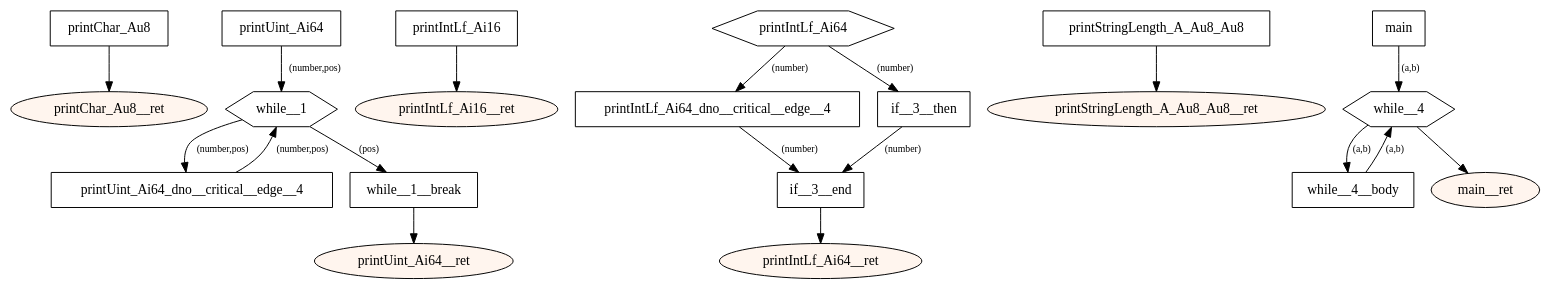
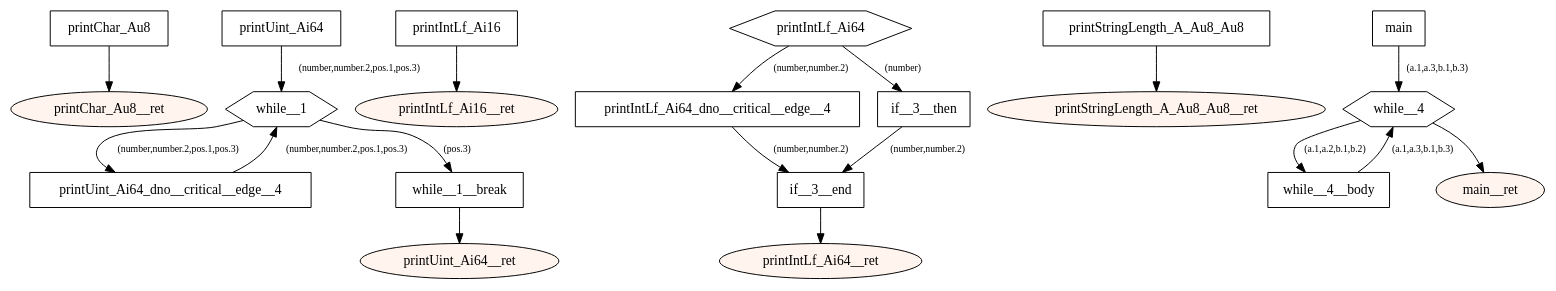
The diagram in src/main/resources-test/compiler/windows/fibonacci.dot (tmssngr/tinyC), drawn with Graphviz before and after one commit. The commit also changed 90 other files, not shown here.

```diff
--- a/src/main/resources-test/compiler/windows/fibonacci.dot
+++ b/src/main/resources-test/compiler/windows/fibonacci.dot
@@ -1,52 +1,52 @@
 digraph program {
 	edge[fontsize="10pt"];
 	subgraph fn_printChar_Au8 {
 		BasicBlock_0_printChar_Au8 [label="printChar_Au8",shape=box];
 		BasicBlock_0_printChar_Au8 -> BasicBlock_0_printChar_Au8__ret;
 		BasicBlock_0_printChar_Au8__ret [label="printChar_Au8__ret",shape=oval,style=filled,fillcolor="#fff5ee"];
 	}
 	subgraph fn_printUint_Ai64 {
 		BasicBlock_1_printUint_Ai64 [label="printUint_Ai64",shape=box];
-		BasicBlock_1_printUint_Ai64 -> BasicBlock_1_while__1 [label="(number,pos)"];
+		BasicBlock_1_printUint_Ai64 -> BasicBlock_1_while__1 [label="(number,number.2,pos.1,pos.3)"];
 		BasicBlock_1_printUint_Ai64_dno__critical__edge__4 [label="printUint_Ai64_dno__critical__edge__4",shape=box];
-		BasicBlock_1_printUint_Ai64_dno__critical__edge__4 -> BasicBlock_1_while__1 [label="(number,pos)"];
+		BasicBlock_1_printUint_Ai64_dno__critical__edge__4 -> BasicBlock_1_while__1 [label="(number,number.2,pos.1,pos.3)"];
 		BasicBlock_1_while__1 [label="while__1",shape=hexagon];
-		BasicBlock_1_while__1 -> BasicBlock_1_printUint_Ai64_dno__critical__edge__4 [label="(number,pos)"];
-		BasicBlock_1_while__1 -> BasicBlock_1_while__1__break [label="(pos)"];
+		BasicBlock_1_while__1 -> BasicBlock_1_printUint_Ai64_dno__critical__edge__4 [label="(number,number.2,pos.1,pos.3)"];
+		BasicBlock_1_while__1 -> BasicBlock_1_while__1__break [label="(pos.3)"];
 		BasicBlock_1_while__1__break [label="while__1__break",shape=box];
 		BasicBlock_1_while__1__break -> BasicBlock_1_printUint_Ai64__ret;
 		BasicBlock_1_printUint_Ai64__ret [label="printUint_Ai64__ret",shape=oval,style=filled,fillcolor="#fff5ee"];
 	}
 	subgraph fn_printIntLf_Ai16 {
 		BasicBlock_2_printIntLf_Ai16 [label="printIntLf_Ai16",shape=box];
 		BasicBlock_2_printIntLf_Ai16 -> BasicBlock_2_printIntLf_Ai16__ret;
 		BasicBlock_2_printIntLf_Ai16__ret [label="printIntLf_Ai16__ret",shape=oval,style=filled,fillcolor="#fff5ee"];
 	}
 	subgraph fn_printIntLf_Ai64 {
 		BasicBlock_3_printIntLf_Ai64 [label="printIntLf_Ai64",shape=hexagon];
-		BasicBlock_3_printIntLf_Ai64 -> BasicBlock_3_printIntLf_Ai64_dno__critical__edge__4 [label="(number)"];
+		BasicBlock_3_printIntLf_Ai64 -> BasicBlock_3_printIntLf_Ai64_dno__critical__edge__4 [label="(number,number.2)"];
 		BasicBlock_3_printIntLf_Ai64 -> BasicBlock_3_if__3__then [label="(number)"];
 		BasicBlock_3_printIntLf_Ai64_dno__critical__edge__4 [label="printIntLf_Ai64_dno__critical__edge__4",shape=box];
-		BasicBlock_3_printIntLf_Ai64_dno__critical__edge__4 -> BasicBlock_3_if__3__end [label="(number)"];
+		BasicBlock_3_printIntLf_Ai64_dno__critical__edge__4 -> BasicBlock_3_if__3__end [label="(number,number.2)"];
 		BasicBlock_3_if__3__then [label="if__3__then",shape=box];
-		BasicBlock_3_if__3__then -> BasicBlock_3_if__3__end [label="(number)"];
+		BasicBlock_3_if__3__then -> BasicBlock_3_if__3__end [label="(number,number.2)"];
 		BasicBlock_3_if__3__end [label="if__3__end",shape=box];
 		BasicBlock_3_if__3__end -> BasicBlock_3_printIntLf_Ai64__ret;
 		BasicBlock_3_printIntLf_Ai64__ret [label="printIntLf_Ai64__ret",shape=oval,style=filled,fillcolor="#fff5ee"];
 	}
 	subgraph fn_printStringLength_A_Au8_Au8 {
 		BasicBlock_4_printStringLength_A_Au8_Au8 [label="printStringLength_A_Au8_Au8",shape=box];
 		BasicBlock_4_printStringLength_A_Au8_Au8 -> BasicBlock_4_printStringLength_A_Au8_Au8__ret;
 		BasicBlock_4_printStringLength_A_Au8_Au8__ret [label="printStringLength_A_Au8_Au8__ret",shape=oval,style=filled,fillcolor="#fff5ee"];
 	}
 	subgraph fn_main {
 		BasicBlock_5_main [label="main",shape=box];
-		BasicBlock_5_main -> BasicBlock_5_while__4 [label="(a,b)"];
+		BasicBlock_5_main -> BasicBlock_5_while__4 [label="(a.1,a.3,b.1,b.3)"];
 		BasicBlock_5_while__4__body [label="while__4__body",shape=box];
-		BasicBlock_5_while__4__body -> BasicBlock_5_while__4 [label="(a,b)"];
+		BasicBlock_5_while__4__body -> BasicBlock_5_while__4 [label="(a.1,a.3,b.1,b.3)"];
 		BasicBlock_5_while__4 [label="while__4",shape=hexagon];
 		BasicBlock_5_while__4 -> BasicBlock_5_main__ret;
-		BasicBlock_5_while__4 -> BasicBlock_5_while__4__body [label="(a,b)"];
+		BasicBlock_5_while__4 -> BasicBlock_5_while__4__body [label="(a.1,a.2,b.1,b.2)"];
 		BasicBlock_5_main__ret [label="main__ret",shape=oval,style=filled,fillcolor="#fff5ee"];
 	}
 }
```
